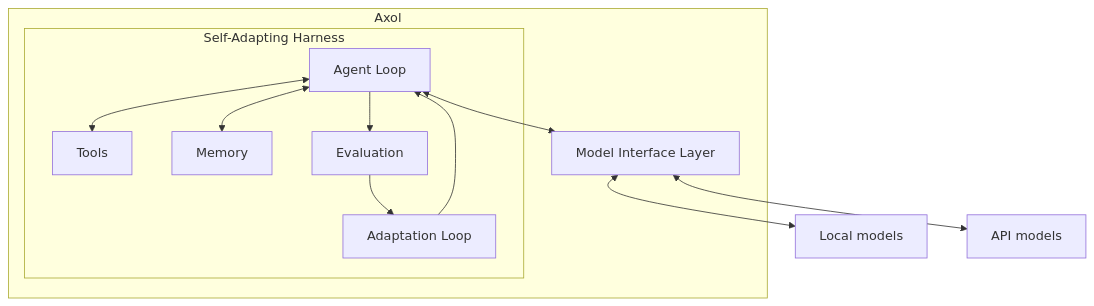
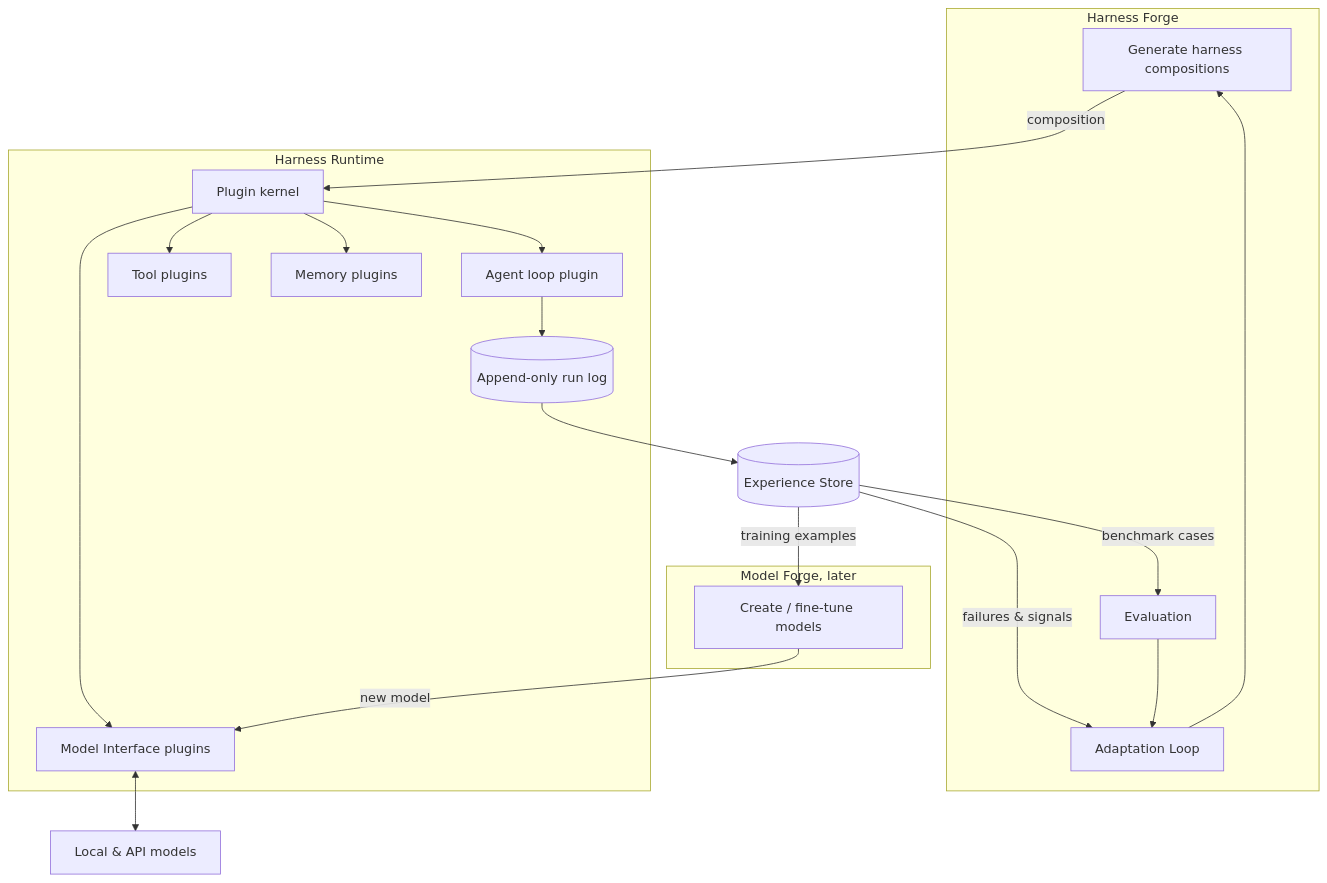
The first of 2 diagrams in docs/Architecture/Overview.md (LS-Stray-Synapses/Axol), drawn with Mermaid before and after one commit. The commit also changed other lines of this file and 11 other files, not shown here.

First line of the commit message:
Design: three-layer architecture (Harness Runtime, Harness Forge, Model Forge) and Experience Store

````diff
--- a/docs/Architecture/Overview.md
+++ b/docs/Architecture/Overview.md
@@ -10,19 +12,30 @@
 ```mermaid
 flowchart TB
-    subgraph Axol
-        subgraph H[Self-Adapting Harness]
-            Loop[Agent Loop]
-            Tools[Tools]
-            Mem[Memory]
-            Adapt[Adaptation Loop]
-            Eval[Evaluation]
-            Loop <--> Tools
-            Loop <--> Mem
-            Loop --> Eval --> Adapt --> Loop
-        end
-        MIL[Model Interface Layer]
-        Loop <--> MIL
+    subgraph MF[Model Forge, later]
+        Train[Create / fine-tune models]
     end
-    MIL <--> Local[Local models]
-    MIL <--> API[API models]
+    subgraph HF[Harness Forge]
+        Gen[Generate harness compositions]
+        Adapt[Adaptation Loop]
+        Eval[Evaluation]
+    end
+    subgraph RT[Harness Runtime]
+        Kernel[Plugin kernel]
+        Loop[Agent loop plugin]
+        Tools[Tool plugins]
+        Mem[Memory plugins]
+        MIL[Model Interface plugins]
+        Log[(Append-only run log)]
+    end
+    XS[(Experience Store)]
+
+    Gen -- composition --> Kernel
+    Kernel --> Loop & Tools & Mem & MIL
+    Loop --> Log
+    Log --> XS
+    XS -- failures & signals --> Adapt --> Gen
+    XS -- benchmark cases --> Eval --> Adapt
+    XS -- training examples --> Train
+    Train -- new model --> MIL
+    MIL <--> Models[Local & API models]
 ```
````
